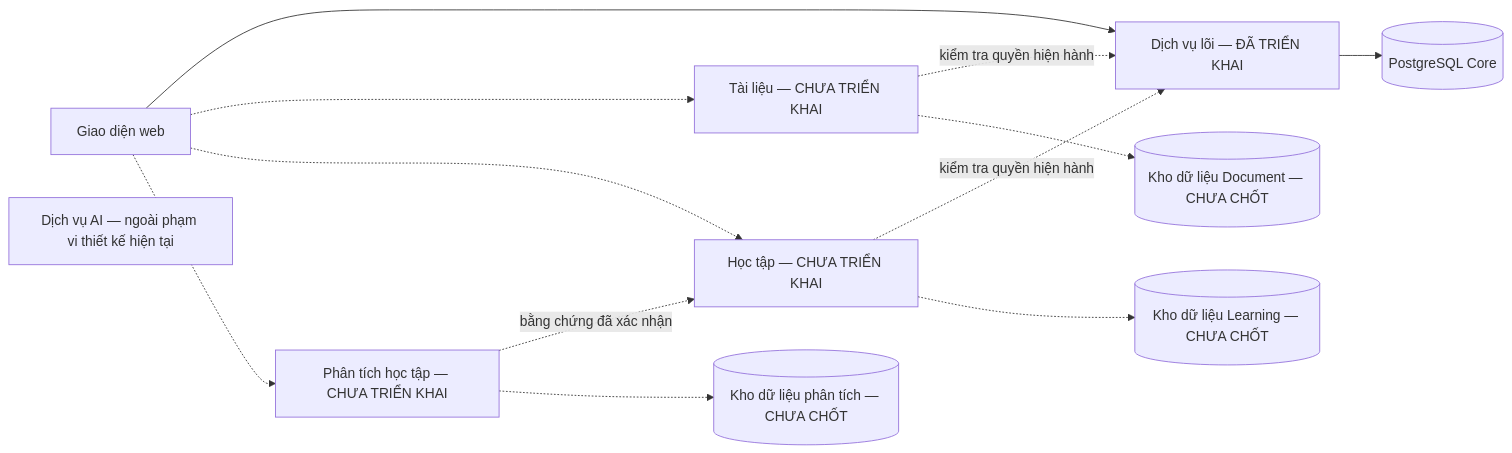
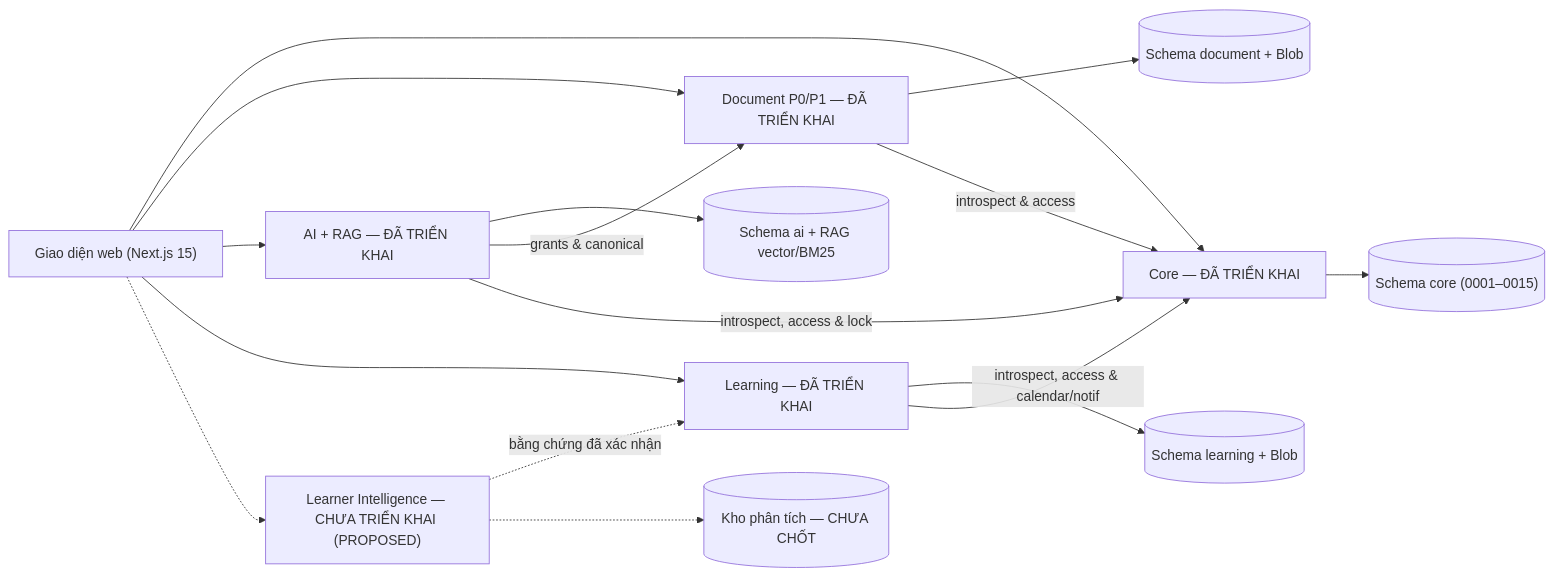
The diagram in docs/architect/lumi-design/diagrams_arch/A15_Logical_Service_Boundaries.mmd (quantd0106/DATN), drawn with Mermaid before and after one commit. The commit also changed 107 other files, not shown here.

```diff
--- a/docs/architect/lumi-design/diagrams_arch/A15_Logical_Service_Boundaries.mmd
+++ b/docs/architect/lumi-design/diagrams_arch/A15_Logical_Service_Boundaries.mmd
@@ -1,13 +1,16 @@
 flowchart LR
-  W["Giao diện web"] --> C["Dịch vụ lõi — ĐÃ TRIỂN KHAI"]
-  C --> DB[("PostgreSQL Core")]
-  W -.-> D["Tài liệu — CHƯA TRIỂN KHAI"]
-  W -.-> L["Học tập — CHƯA TRIỂN KHAI"]
-  W -.-> I["Phân tích học tập — CHƯA TRIỂN KHAI"]
-  D -. "kiểm tra quyền hiện hành" .-> C
-  L -. "kiểm tra quyền hiện hành" .-> C
+  W["Giao diện web (Next.js 15)"] --> C["Core — ĐÃ TRIỂN KHAI"]
+  W --> D["Document P0/P1 — ĐÃ TRIỂN KHAI"]
+  W --> A["AI + RAG — ĐÃ TRIỂN KHAI"]
+  W --> L["Learning — ĐÃ TRIỂN KHAI"]
+  W -.-> I["Learner Intelligence — CHƯA TRIỂN KHAI (PROPOSED)"]
+  C --> CDB[("Schema core (0001–0015)")]
+  D --> DDB[("Schema document + Blob")]
+  A --> ADB[("Schema ai + RAG vector/BM25")]
+  L --> LDB[("Schema learning + Blob")]
+  D -- "introspect & access" --> C
+  A -- "grants & canonical" --> D
+  A -- "introspect, access & lock" --> C
+  L -- "introspect, access & calendar/notif" --> C
   I -. "bằng chứng đã xác nhận" .-> L
-  D -.-> DS[("Kho dữ liệu Document — CHƯA CHỐT")]
-  L -.-> LS[("Kho dữ liệu Learning — CHƯA CHỐT")]
-  I -.-> IS[("Kho dữ liệu phân tích — CHƯA CHỐT")]
-  A["Dịch vụ AI — ngoài phạm vi thiết kế hiện tại"]
+  I -.-> IS[("Kho phân tích — CHƯA CHỐT")]
```
